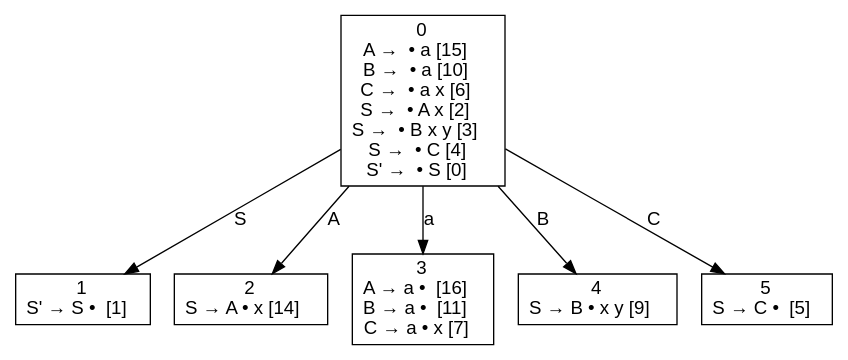
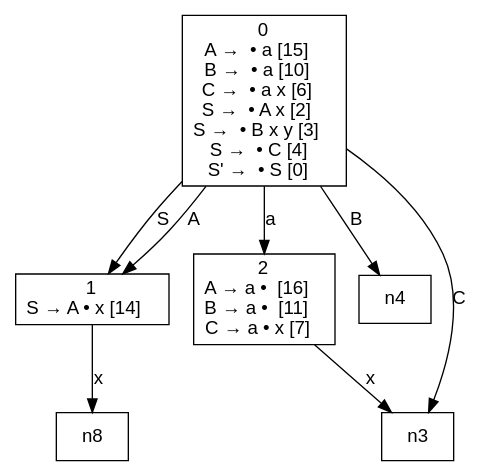
The diagram in PleaseWork/PleaseWork/sr,rr.txt.dfa.dot (dragonsarebest/Compiler), drawn with Graphviz before and after one commit. The commit also changed 9 other files, not shown here.

```diff
--- a/PleaseWork/PleaseWork/sr,rr.txt.dfa.dot
+++ b/PleaseWork/PleaseWork/sr,rr.txt.dfa.dot
@@ -1,15 +1,14 @@
 digraph d{
 node [fontname=Helvetica,shape=box];
 edge [fontname=Helvetica];
 n0 [label=<0<br />A →  • a [15]<br />B →  • a [10]<br />C →  • a x [6]<br />S →  • A x [2]<br />S →  • B x y [3]<br />S →  • C [4]<br />S' →  • S [0]>];
-n1 [label=<1<br />S' → S •  [1]>];
-n2 [label=<2<br />S → A • x [14]>];
-n3 [label=<3<br />A → a •  [16]<br />B → a •  [11]<br />C → a • x [7]>];
-n4 [label=<4<br />S → B • x y [9]>];
-n5 [label=<5<br />S → C •  [5]>];
+n1 [label=<1<br />S → A • x [14]>];
+n2 [label=<2<br />A → a •  [16]<br />B → a •  [11]<br />C → a • x [7]>];
 n0 -> n1 [label="S"];
-n0 -> n2 [label="A"];
-n0 -> n3 [label="a"];
+n0 -> n1 [label="A"];
+n0 -> n2 [label="a"];
 n0 -> n4 [label="B"];
-n0 -> n5 [label="C"];
+n0 -> n3 [label="C"];
+n1 -> n8 [label="x"];
+n2 -> n3 [label="x"];
 }
```
